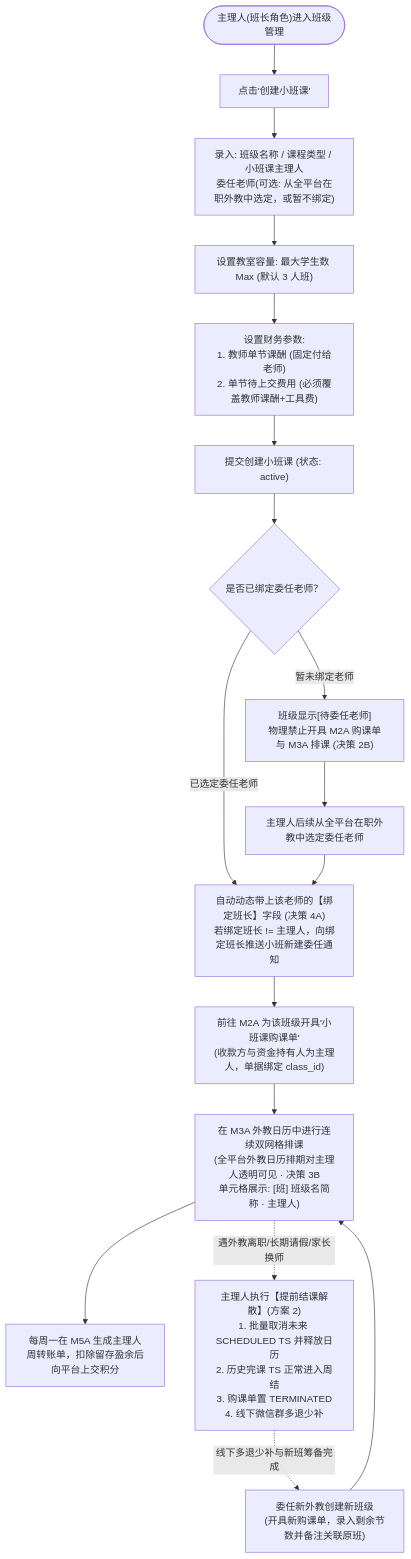
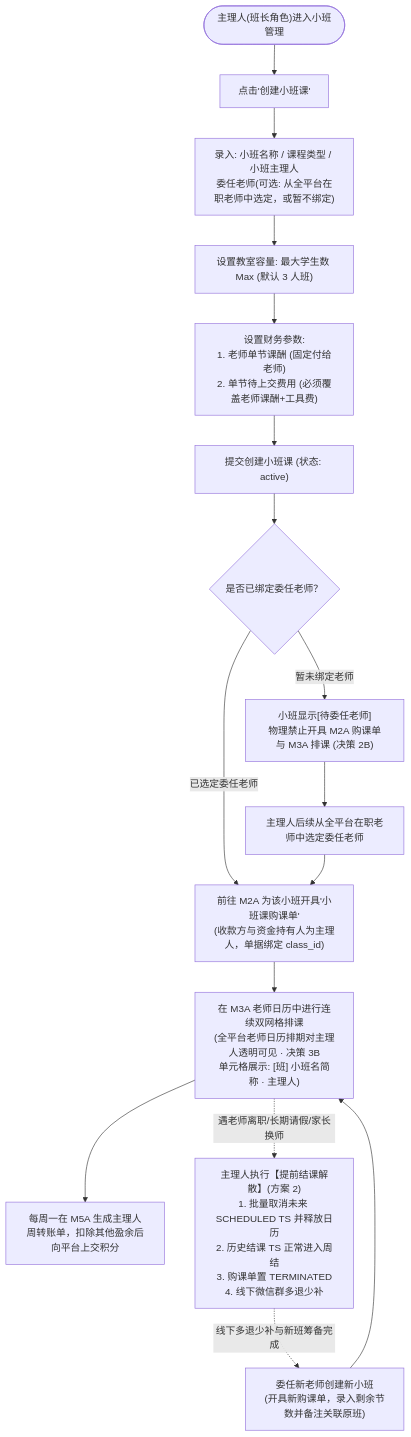
One commit to Onezao/dream changed the first of 2 diagrams in docs/prd/m1c_classes.md. Above: the diagram before and after it, drawn with Mermaid. The commit also changed other lines of this file and 37 other files, not shown here.

````diff
--- a/docs/prd/m1c_classes.md
+++ b/docs/prd/m1c_classes.md
@@ -55,24 +51,22 @@
 ```mermaid
 flowchart TD
-    Start(["主理人(班长角色)进入班级管理"]) --> CreateClick["点击'创建小班课'"]
-    CreateClick --> InputConfig["录入: 班级名称 / 课程类型 / 小班课主理人\n委任老师(可选: 从全平台在职外教中选定，或暂不绑定)"]
+    Start(["主理人(班长角色)进入小班管理"]) --> CreateClick["点击'创建小班课'"]
+    CreateClick --> InputConfig["录入: 小班名称 / 课程类型 / 小班主理人\n委任老师(可选: 从全平台在职老师中选定，或暂不绑定)"]
     InputConfig --> SetCapacity["设置教室容量: 最大学生数 Max (默认 3 人班)"]
-    SetCapacity --> SetFinance["设置财务参数:\n1. 教师单节课酬 (固定付给老师)\n2. 单节待上交费用 (必须覆盖教师课酬+工具费)"]
+    SetCapacity --> SetFinance["设置财务参数:\n1. 老师单节课酬 (固定付给老师)\n2. 单节待上交费用 (必须覆盖老师课酬+工具费)"]
     
     SetFinance --> SubmitClass["提交创建小班课 (状态: active)"]
     SubmitClass --> CheckTeacherBound{"是否已绑定委任老师？"}
     
-    CheckTeacherBound -- "暂未绑定老师" --> BlockOrderAndSched["班级显示[待委任老师]\n物理禁止开具 M2A 购课单与 M3A 排课 (决策 2B)"]
-    BlockOrderAndSched --> AppointLater["主理人后续从全平台在职外教中选定委任老师"]
+    CheckTeacherBound -- "暂未绑定老师" --> BlockOrderAndSched["小班显示[待委任老师]\n物理禁止开具 M2A 购课单与 M3A 排课 (决策 2B)"]
+    BlockOrderAndSched --> AppointLater["主理人后续从全平台在职老师中选定委任老师"]
     
-    CheckTeacherBound -- "已选定委任老师" --> AutoLinkMonitor["自动动态带上该老师的【绑定班长】字段 (决策 4A)\n若绑定班长 != 主理人，向绑定班长推送小班新建委任通知"]
-    AppointLater --> AutoLinkMonitor
+    CheckTeacherBound -- "已选定委任老师" --> PurchaseOrder["前往 M2A 为该小班开具'小班课购课单'\n(收款方与资金持有人为主理人，单据绑定 class_id)"]
+    AppointLater --> PurchaseOrder
+    PurchaseOrder --> ScheduleCalendar["在 M3A 老师日历中进行连续双网格排课\n(全平台老师日历排期对主理人透明可见 · 决策 3B\n单元格展示: [班] 小班名简称 · 主理人)"]
+    ScheduleCalendar --> WeeklySettlement["每周一在 M5A 生成主理人周转账单，扣除其他盈余后向平台上交积分"]
     
-    AutoLinkMonitor --> PurchaseOrder["前往 M2A 为该班级开具'小班课购课单'\n(收款方与资金持有人为主理人，单据绑定 class_id)"]
-    PurchaseOrder --> ScheduleCalendar["在 M3A 外教日历中进行连续双网格排课\n(全平台外教日历排期对主理人透明可见 · 决策 3B\n单元格展示: [班] 班级名简称 · 主理人)"]
-    ScheduleCalendar --> WeeklySettlement["每周一在 M5A 生成主理人周转账单，扣除留存盈余后向平台上交积分"]
-    
-    ScheduleCalendar -. "遇外教离职/长期请假/家长换师" .-> EarlyTerm["主理人执行【提前结课解散】(方案 2)\n1. 批量取消未来 SCHEDULED TS 并释放日历\n2. 历史完课 TS 正常进入周结\n3. 购课单置 TERMINATED\n4. 线下微信群多退少补"]
-    EarlyTerm -. "线下多退少补与新班筹备完成" .-> CreateNewClass["委任新外教创建新班级\n(开具新购课单，录入剩余节数并备注关联原班)"]
+    ScheduleCalendar -. "遇老师离职/长期请假/家长换师" .-> EarlyTerm["主理人执行【提前结课解散】(方案 2)\n1. 批量取消未来 SCHEDULED TS 并释放日历\n2. 历史结课 TS 正常进入周结\n3. 购课单置 TERMINATED\n4. 线下微信群多退少补"]
+    EarlyTerm -. "线下多退少补与新班筹备完成" .-> CreateNewClass["委任新老师创建新小班\n(开具新购课单，录入剩余节数并备注关联原班)"]
     CreateNewClass --> ScheduleCalendar
 ```
````
